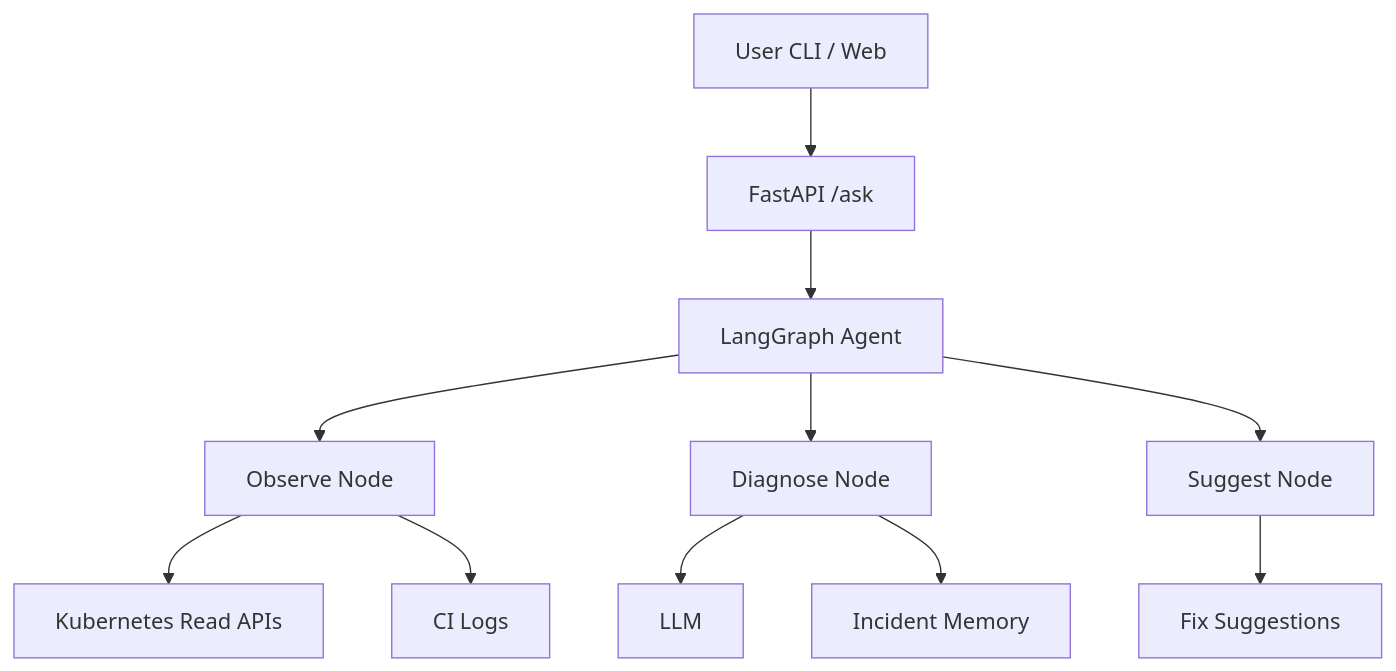
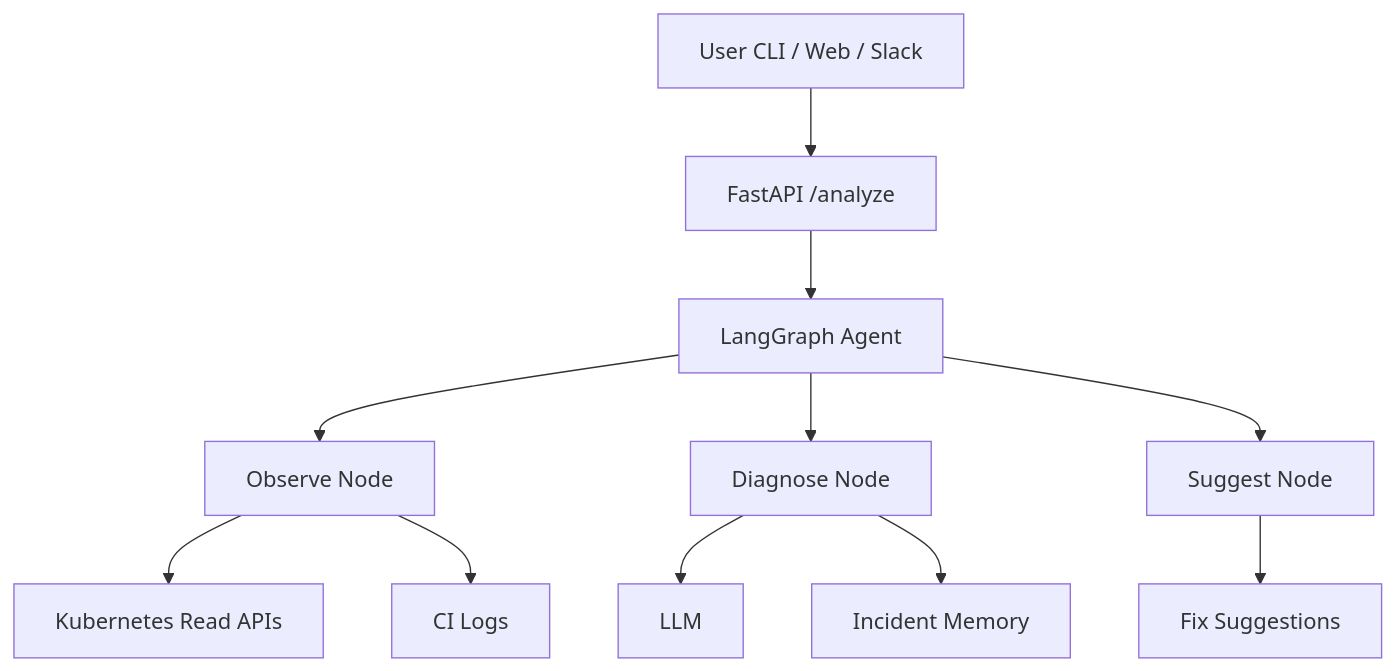
One commit to Naveenub/agentic-devops changed the first of 3 diagrams in README.md. Above: the diagram before and after it, drawn with Mermaid. The commit also changed other lines of this file and 5 other files, not shown here.

````diff
--- a/README.md
+++ b/README.md
@@ -44,17 +45,17 @@
 ```mermaid
 graph TD
-    User[User CLI / Web] --> API[FastAPI /ask]
+    User[User CLI / Web / Slack] --> API[FastAPI /analyze]
     API --> Agent[LangGraph Agent]
 
     Agent --> Observe[Observe Node]
     Agent --> Diagnose[Diagnose Node]
     Agent --> Suggest[Suggest Node]
 
     Observe --> K8s[Kubernetes Read APIs]
     Observe --> CI[CI Logs]
 
     Diagnose --> LLM[LLM]
     Diagnose --> RAG[Incident Memory]
 
     Suggest --> Output[Fix Suggestions]
 ```
````
